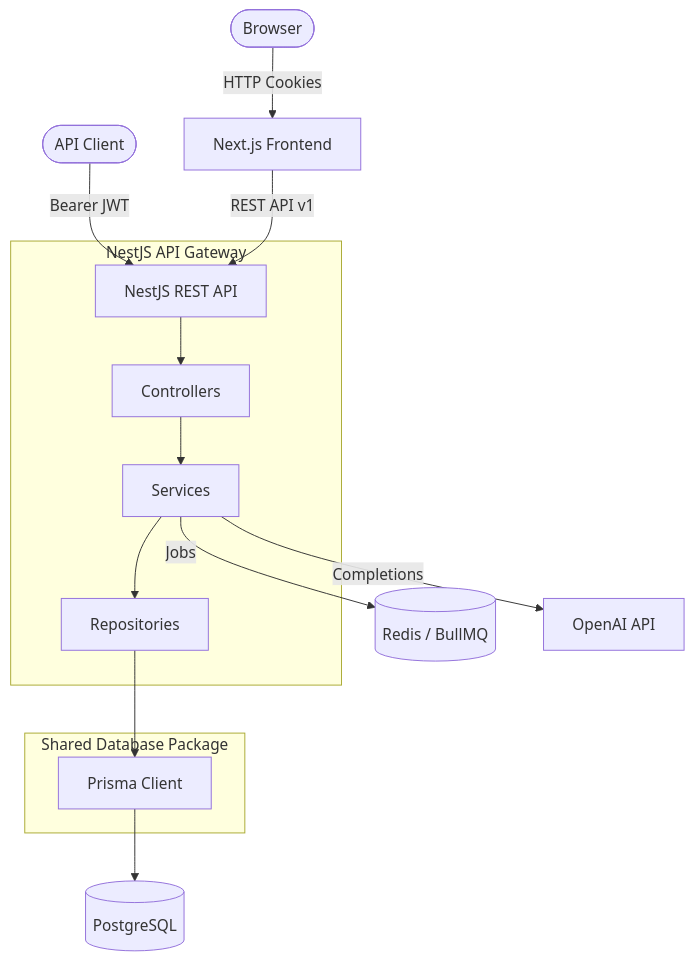
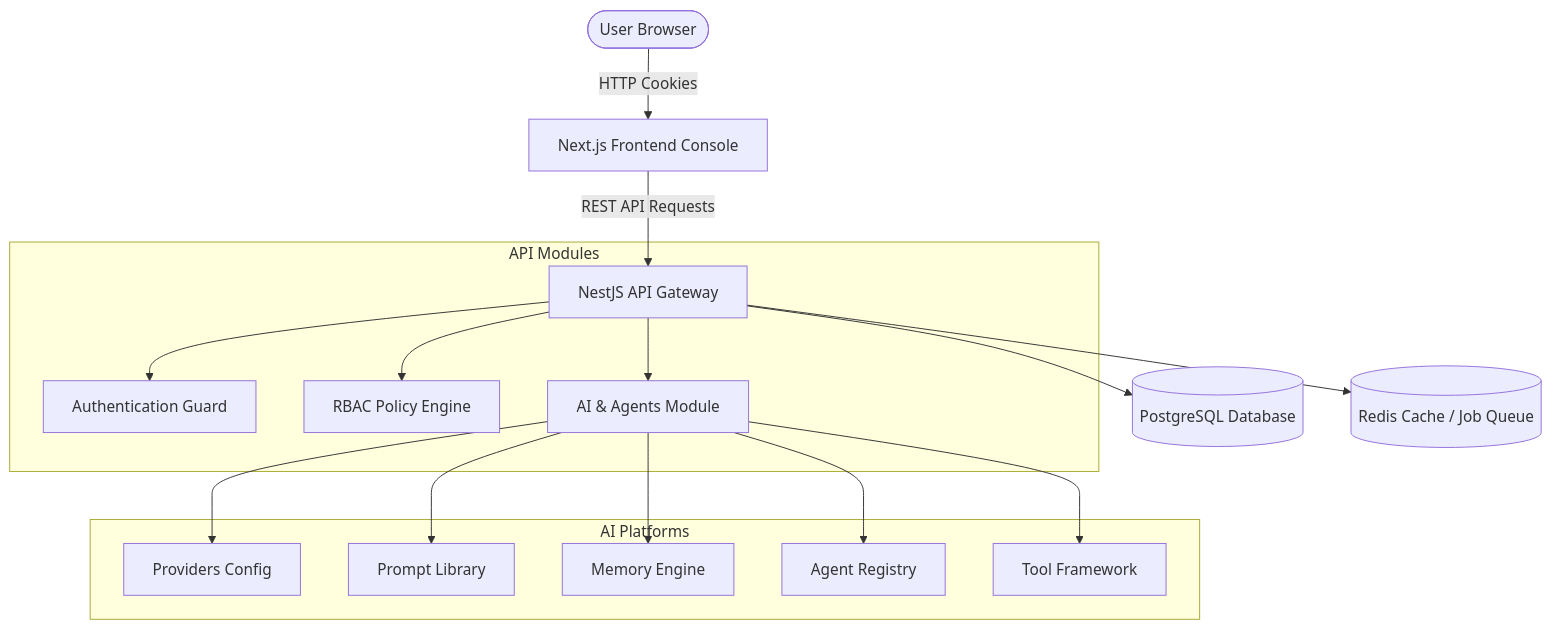
The diagram in README.md (sadiab47/AIOps_Hub), drawn with Mermaid before and after one commit. The commit also changed other lines of this file and 4 other files, not shown here.

Commit message:
docs: refresh architecture diagrams, roadmap checklist, changelogs, and ADR indexes

````diff
--- a/README.md
+++ b/README.md
@@ -96,20 +45,22 @@
 ```mermaid
 graph TD
-    Browser([Browser]) -->|HTTP Cookies| WebApp[Next.js Frontend]
-    APIClient([API Client]) -->|Bearer JWT| NestJS[NestJS REST API]
-    WebApp -->|REST API v1| NestJS
+    Browser([User Browser]) -->|HTTP Cookies| NextJS[Next.js Frontend Console]
+    NextJS -->|REST API Requests| API[NestJS API Gateway]
     
-    subgraph apps/api [NestJS API Gateway]
-        NestJS --> Controllers[Controllers]
-        Controllers --> Services[Services]
-        Services --> Repositories[Repositories]
+    subgraph API Modules
+        API --> Auth[Authentication Guard]
+        API --> RBAC[RBAC Policy Engine]
+        API --> AI[AI & Agents Module]
     end
-    
-    subgraph packages/db [Shared Database Package]
-        Repositories --> Prisma[Prisma Client]
+
+    subgraph AI Platforms
+        AI --> Providers[Providers Config]
+        AI --> Prompts[Prompt Library]
+        AI --> Memory[Memory Engine]
+        AI --> Registry[Agent Registry]
+        AI --> Tools[Tool Framework]
     end
-    
-    Prisma --> PostgreSQL[(PostgreSQL)]
-    Services -->|Jobs| Redis[(Redis / BullMQ)]
-    Services -->|Completions| OpenAI[OpenAI API]
+
+    API --> DB[(PostgreSQL Database)]
+    API --> Cache[(Redis Cache / Job Queue)]
 ```
````
